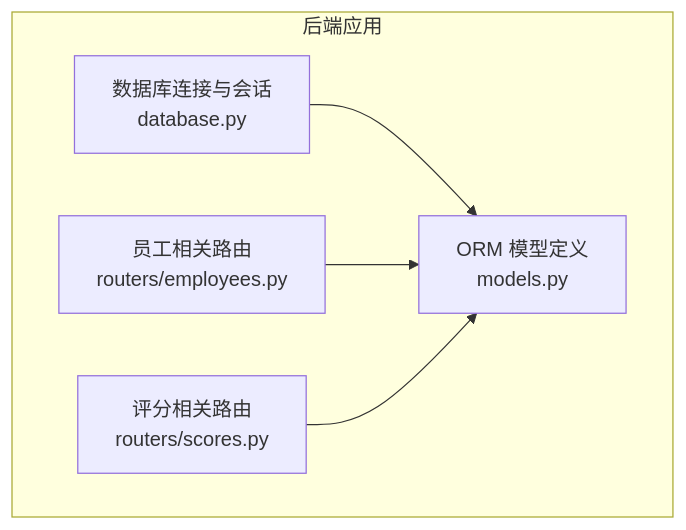
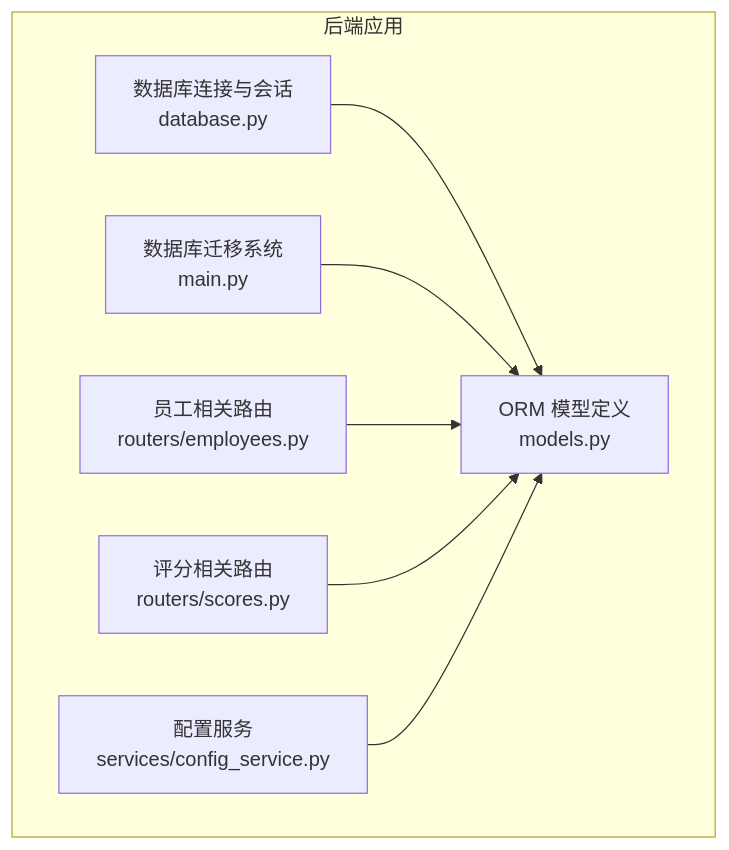
The first of 3 diagrams in .qoder/repowiki/zh/content/系统架构/数据库架构设计/ORM模型设计.md (xgd561/performance_evaluation_system), drawn with Mermaid before and after one commit. The commit also changed other lines of this file and 136 other files, not shown here.

````diff
--- a/.qoder/repowiki/zh/content/系统架构/数据库架构设计/ORM模型设计.md
+++ b/.qoder/repowiki/zh/content/系统架构/数据库架构设计/ORM模型设计.md
@@ -33,12 +48,16 @@
 ```mermaid
 graph TB
 subgraph "后端应用"
 DB["数据库连接与会话<br/>database.py"]
 Models["ORM 模型定义<br/>models.py"]
+Migration["数据库迁移系统<br/>main.py"]
 R_Employees["员工相关路由<br/>routers/employees.py"]
 R_Scores["评分相关路由<br/>routers/scores.py"]
+ConfigService["配置服务<br/>services/config_service.py"]
 end
 DB --> Models
+Migration --> Models
 R_Employees --> Models
 R_Scores --> Models
+ConfigService --> Models
 ```
````
